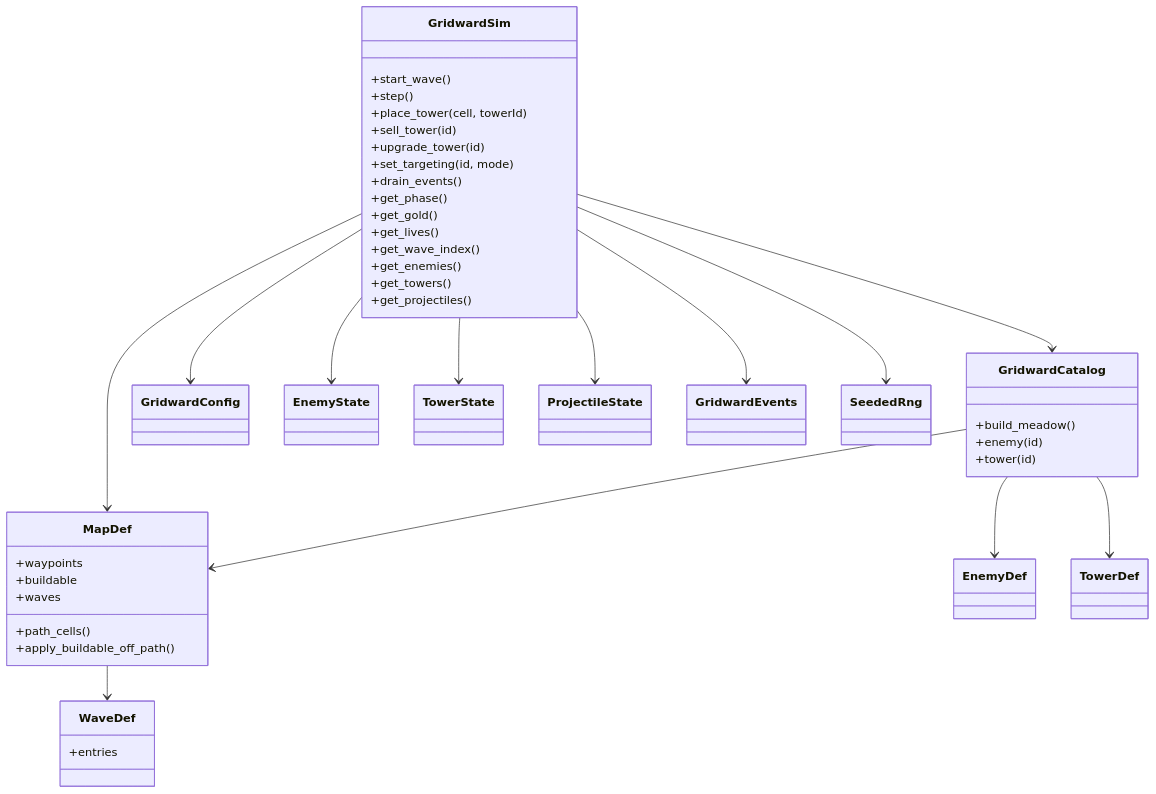
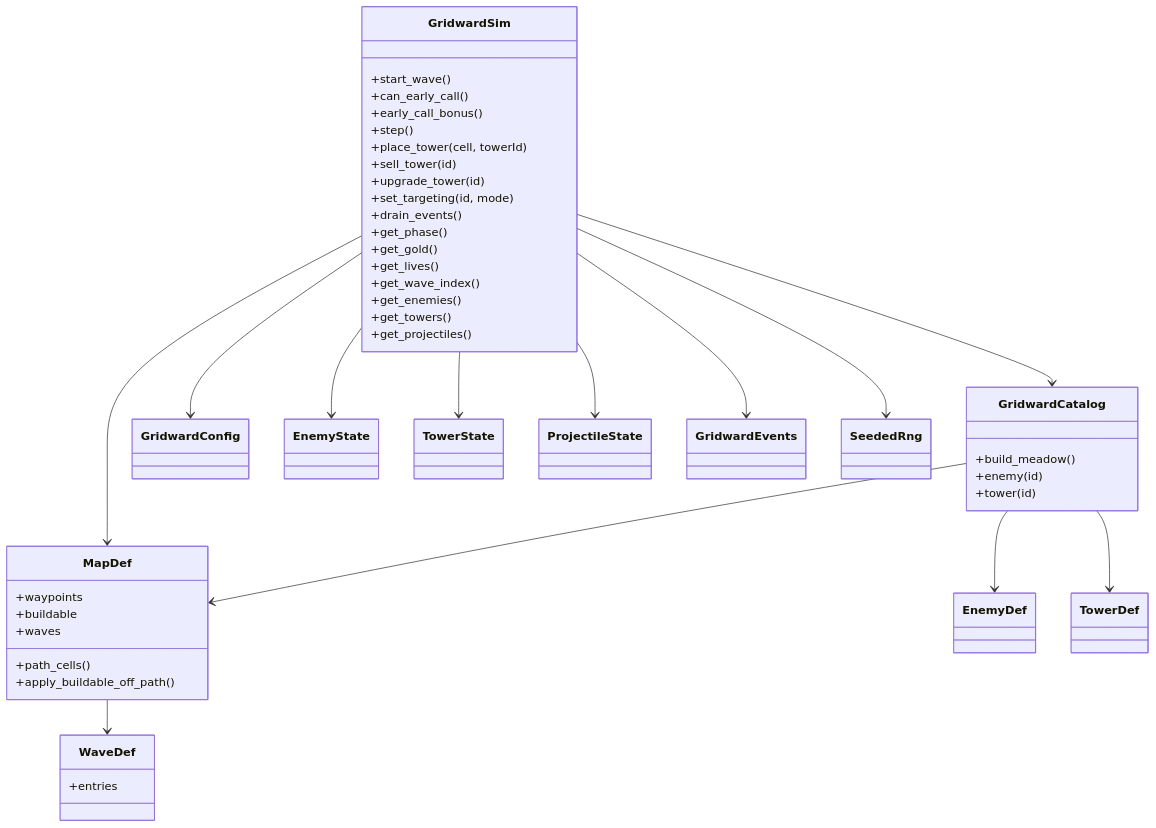
One commit to kblaszki/godot-game changed the first of 2 diagrams in games/gridward/docs/reference/sim.md. Above: the diagram before and after it, drawn with Mermaid. The commit also changed other lines of this file and 10 other files, not shown here.

````diff
--- a/games/gridward/docs/reference/sim.md
+++ b/games/gridward/docs/reference/sim.md
@@ -37,54 +40,56 @@
 ```mermaid
 classDiagram
   class GridwardSim {
     +start_wave()
+    +can_early_call()
+    +early_call_bonus()
     +step()
     +place_tower(cell, towerId)
     +sell_tower(id)
     +upgrade_tower(id)
     +set_targeting(id, mode)
     +drain_events()
     +get_phase()
     +get_gold()
     +get_lives()
     +get_wave_index()
     +get_enemies()
     +get_towers()
     +get_projectiles()
   }
   class GridwardCatalog {
     +build_meadow()
     +enemy(id)
     +tower(id)
   }
   class MapDef {
     +waypoints
     +buildable
     +waves
     +path_cells()
     +apply_buildable_off_path()
   }
   class WaveDef {
     +entries
   }
   class EnemyDef
   class TowerDef
   class GridwardConfig
   class EnemyState
   class TowerState
   class ProjectileState
   class GridwardEvents
   class SeededRng
   GridwardSim --> MapDef
   GridwardSim --> GridwardCatalog
   GridwardSim --> GridwardConfig
   GridwardSim --> EnemyState
   GridwardSim --> TowerState
   GridwardSim --> ProjectileState
   GridwardSim --> GridwardEvents
   GridwardSim --> SeededRng
   GridwardCatalog --> MapDef
   GridwardCatalog --> EnemyDef
   GridwardCatalog --> TowerDef
   MapDef --> WaveDef
 ```
````
